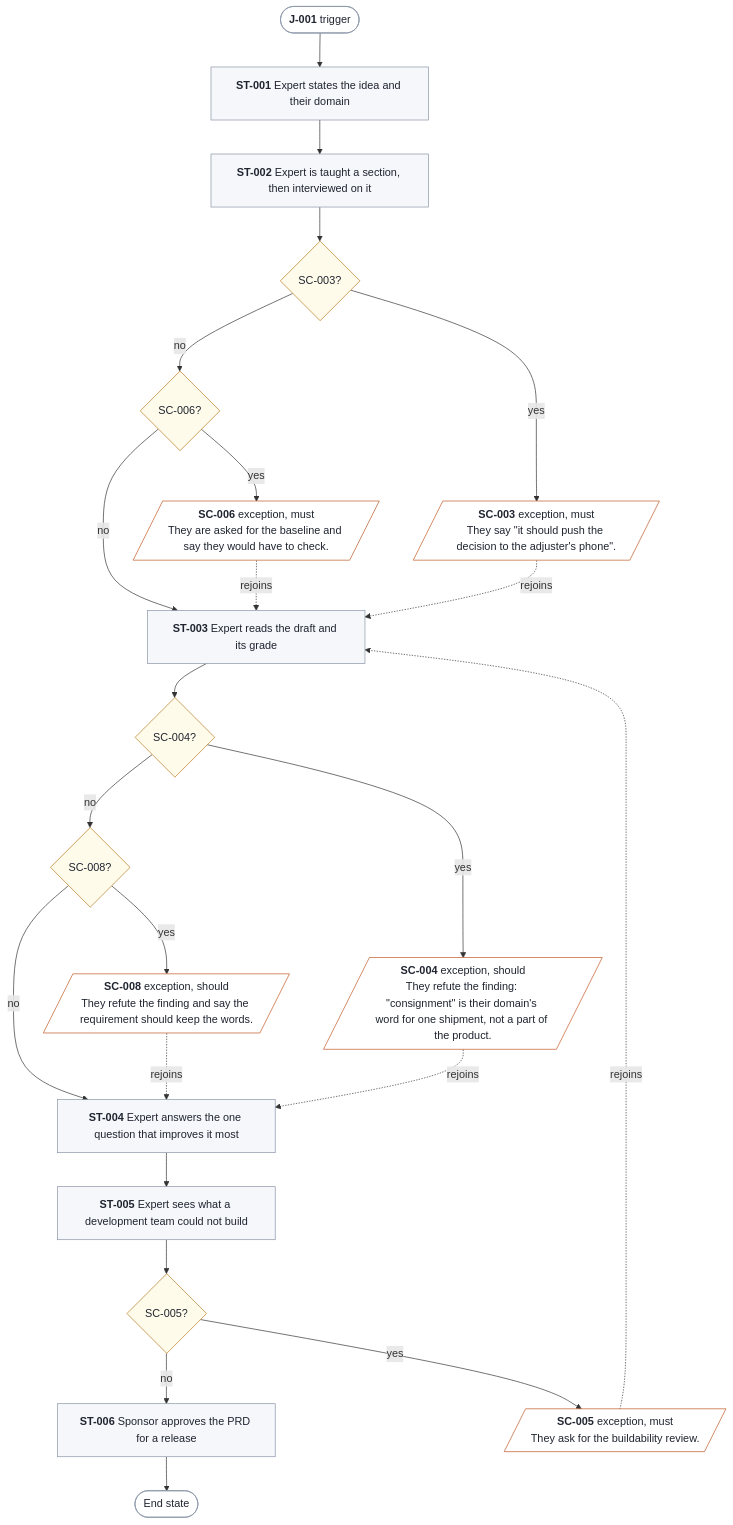
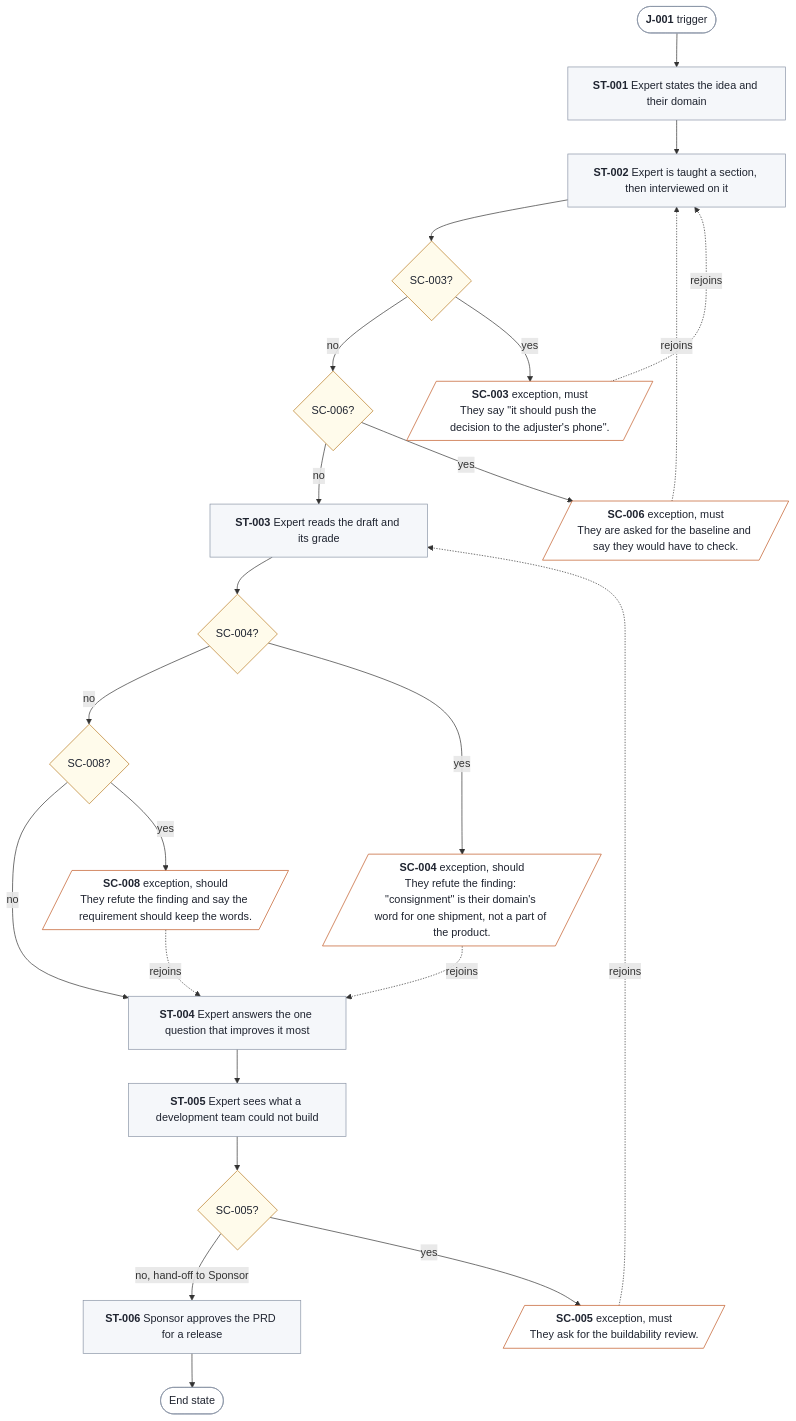
Before and after one commit to SpillwaveSolutions/prd-forge: the diagram in docs/prd/prd-forge/diagrams/J-001-overview.mmd, drawn with Mermaid. The commit also changed 9 other files, not shown here.

First line of the commit message:
Apply the expert's corrected rejoins values, and label the overview's hand-off

```diff
--- a/docs/prd/prd-forge/diagrams/J-001-overview.mmd
+++ b/docs/prd/prd-forge/diagrams/J-001-overview.mmd
@@ -1,51 +1,51 @@
 %% Generated by prd-diagrams.mjs from the journey and scenario front matter. Do not edit.
 %%{init: {"flowchart": {"wrappingWidth": 260}}}%%
 flowchart TB
   start(["<b>J-001</b> trigger"])
   ST001["<b>ST-001</b> Expert states the idea and their domain"]
   ST002["<b>ST-002</b> Expert is taught a section, then interviewed on it"]
   ST003["<b>ST-003</b> Expert reads the draft and its grade"]
   ST004["<b>ST-004</b> Expert answers the one question that improves it most"]
   ST005["<b>ST-005</b> Expert sees what a development team could not build"]
   ST006["<b>ST-006</b> Sponsor approves the PRD for a release"]
   done(["End state"])
   qSC003{"SC-003?"}
   SC003[/"<b>SC-003</b> exception, must<br/>They say #quot;it should push the decision to the adjuster's phone#quot;."/]
   qSC006{"SC-006?"}
   SC006[/"<b>SC-006</b> exception, must<br/>They are asked for the baseline and say they would have to check."/]
   qSC005{"SC-005?"}
   SC005[/"<b>SC-005</b> exception, must<br/>They ask for the buildability review."/]
   qSC004{"SC-004?"}
   SC004[/"<b>SC-004</b> exception, should<br/>They refute the finding: #quot;consignment#quot; is their domain's word for one shipment, not a part of the product."/]
   qSC008{"SC-008?"}
   SC008[/"<b>SC-008</b> exception, should<br/>They refute the finding and say the requirement should keep the words."/]
   start --> ST001
   ST001 --> ST002
   ST002 --> qSC003
   qSC003 -->|no| qSC006
   qSC006 -->|no| ST003
   ST003 --> qSC004
   qSC004 -->|no| qSC008
   qSC008 -->|no| ST004
   ST004 --> ST005
   ST005 --> qSC005
-  qSC005 -->|no| ST006
+  qSC005 -->|"no, hand-off to Sponsor"| ST006
   ST006 --> done
   qSC003 -->|yes| SC003
-  SC003 -.->|rejoins| ST003
+  SC003 -.->|rejoins| ST002
   qSC006 -->|yes| SC006
-  SC006 -.->|rejoins| ST003
+  SC006 -.->|rejoins| ST002
   qSC005 -->|yes| SC005
   SC005 -.->|rejoins| ST003
   qSC004 -->|yes| SC004
   SC004 -.->|rejoins| ST004
   qSC008 -->|yes| SC008
   SC008 -.->|rejoins| ST004
   classDef stage fill:#F5F7FA,stroke:#8A94A6,color:#1F2430
   classDef ends fill:#FFFFFF,stroke:#8A94A6,color:#1F2430
   classDef ask fill:#FFFBEB,stroke:#B7791F,color:#1F2430
   classDef alt fill:#FFFFFF,stroke:#C05621,color:#1F2430
   class ST001,ST002,ST003,ST004,ST005,ST006 stage
   class start,done ends
   class qSC003,qSC006,qSC005,qSC004,qSC008 ask
   class SC003,SC006,SC005,SC004,SC008 alt
```
